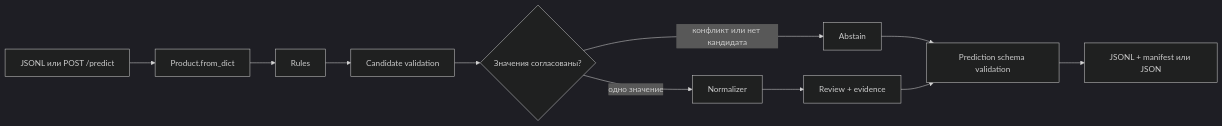
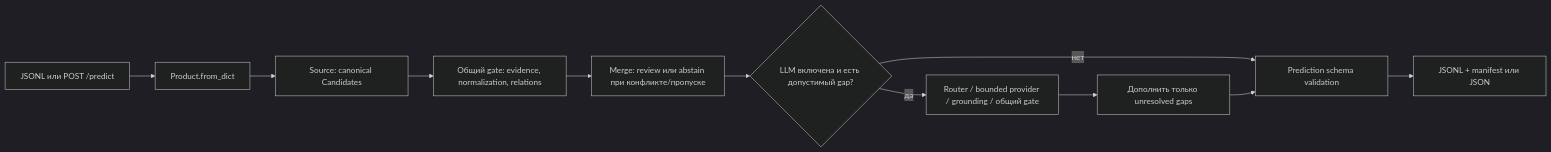
Before and after one commit to CRUDoshleps/GoodsAI: the first of 3 diagrams in docs/ARCHITECTURE.md, drawn with Mermaid (dark theme). The commit also changed other lines of this file and 7 other files, not shown here.

````diff
--- a/docs/ARCHITECTURE.md
+++ b/docs/ARCHITECTURE.md
@@ -11,13 +11,13 @@
 ```mermaid
 flowchart LR
     A[JSONL или POST /predict] --> B[Product.from_dict]
-    B --> C[Rules]
-    C --> D[Candidate validation]
-    D --> E{Значения согласованы?}
-    E -->|одно значение| F[Normalizer]
-    E -->|конфликт или нет кандидата| G[Abstain]
-    F --> H[Review + evidence]
-    G --> I[Prediction schema validation]
+    B --> C[Source: canonical Candidates]
+    C --> D[Общий gate: evidence, normalization, relations]
+    D --> E[Merge: review или abstain при конфликте/пропуске]
+    E --> F{LLM включена и есть допустимый gap?}
+    F -->|нет| I[Prediction schema validation]
+    F -->|да| G[Router / bounded provider / grounding / общий gate]
+    G --> H[Дополнить только unresolved gaps]
     H --> I
     I --> J[JSONL + manifest или JSON]
 ```
````
